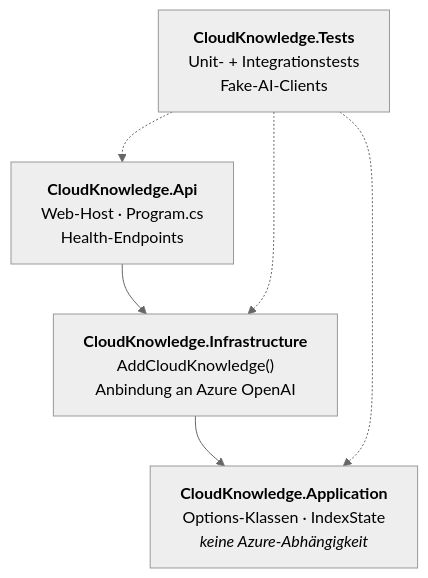
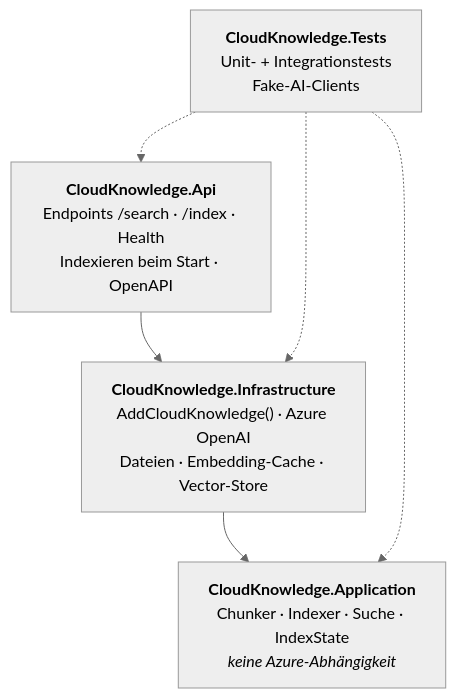
The second of 10 diagrams in README.md (MyOnlineRepo/RAG-API), drawn with Mermaid (neutral theme) before and after one commit. The commit also changed other lines of this file and 3 other files, not shown here.

````diff
--- a/README.md
+++ b/README.md
@@ -58,13 +63,13 @@
 ```mermaid
 flowchart TB
-    Api["<b>CloudKnowledge.Api</b><br/>Web-Host · Program.cs<br/>Health-Endpoints"]
-    Infra["<b>CloudKnowledge.Infrastructure</b><br/>AddCloudKnowledge()<br/>Anbindung an Azure OpenAI"]
-    App["<b>CloudKnowledge.Application</b><br/>Options-Klassen · IndexState<br/><i>keine Azure-Abhängigkeit</i>"]
+    Api["<b>CloudKnowledge.Api</b><br/>Endpoints /search · /index · Health<br/>Indexieren beim Start · OpenAPI"]
+    Infra["<b>CloudKnowledge.Infrastructure</b><br/>AddCloudKnowledge() · Azure OpenAI<br/>Dateien · Embedding-Cache · Vector-Store"]
+    App["<b>CloudKnowledge.Application</b><br/>Chunker · Indexer · Suche · IndexState<br/><i>keine Azure-Abhängigkeit</i>"]
     Tests["<b>CloudKnowledge.Tests</b><br/>Unit- + Integrationstests<br/>Fake-AI-Clients"]
 
     Api --> Infra
     Infra --> App
     Tests -.-> Api
     Tests -.-> Infra
     Tests -.-> App
 ```
````
